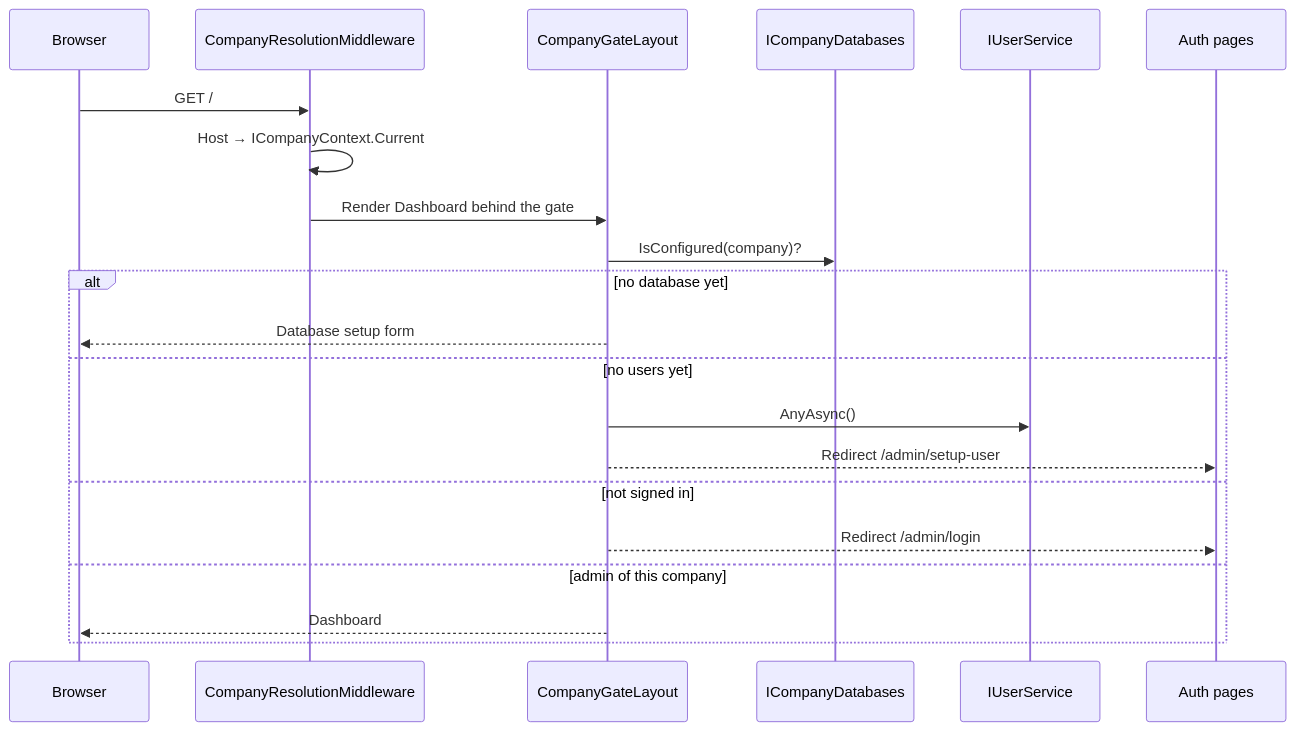
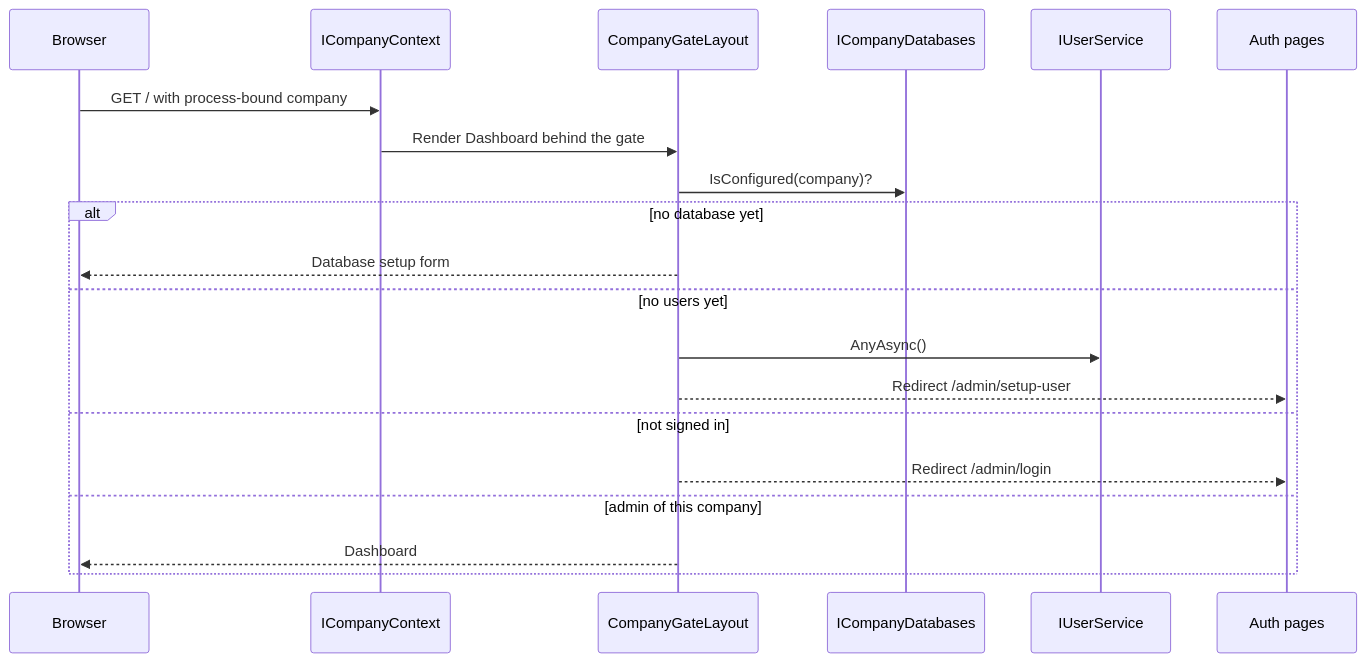
Before and after one commit to BradleyHewitt55/CompanyHQ: the diagram in Docs/Architecture/AdminHost.md, drawn with Mermaid. The commit also changed other lines of this file and 67 other files, not shown here.

First line of the commit message:
Refactor plugin discovery and company context handling

````diff
--- a/Docs/Architecture/AdminHost.md
+++ b/Docs/Architecture/AdminHost.md
@@ -56,24 +56,23 @@
 ```mermaid
 sequenceDiagram
     participant Browser
-    participant Middleware as CompanyResolutionMiddleware
+    participant Context as ICompanyContext
     participant Gate as CompanyGateLayout
     participant Databases as ICompanyDatabases
     participant Users as IUserService
     participant Auth as Auth pages
 
-    Browser->>Middleware: GET /
-    Middleware->>Middleware: Host → ICompanyContext.Current
-    Middleware->>Gate: Render Dashboard behind the gate
+    Browser->>Context: GET / with process-bound company
+    Context->>Gate: Render Dashboard behind the gate
     Gate->>Databases: IsConfigured(company)?
     alt no database yet
         Gate-->>Browser: Database setup form
     else no users yet
         Gate->>Users: AnyAsync()
         Gate-->>Auth: Redirect /admin/setup-user
     else not signed in
         Gate-->>Auth: Redirect /admin/login
     else admin of this company
         Gate-->>Browser: Dashboard
     end
 ```
````
